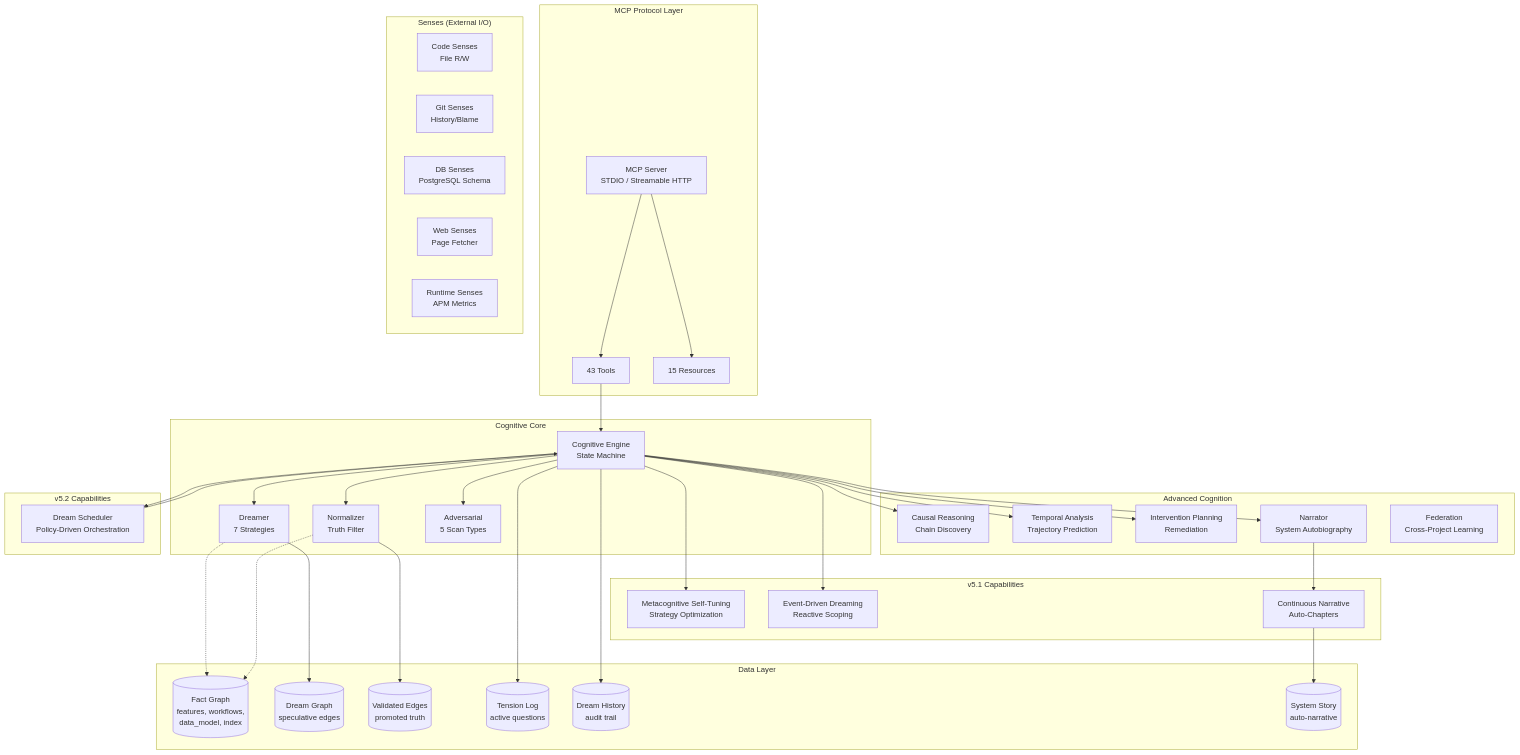
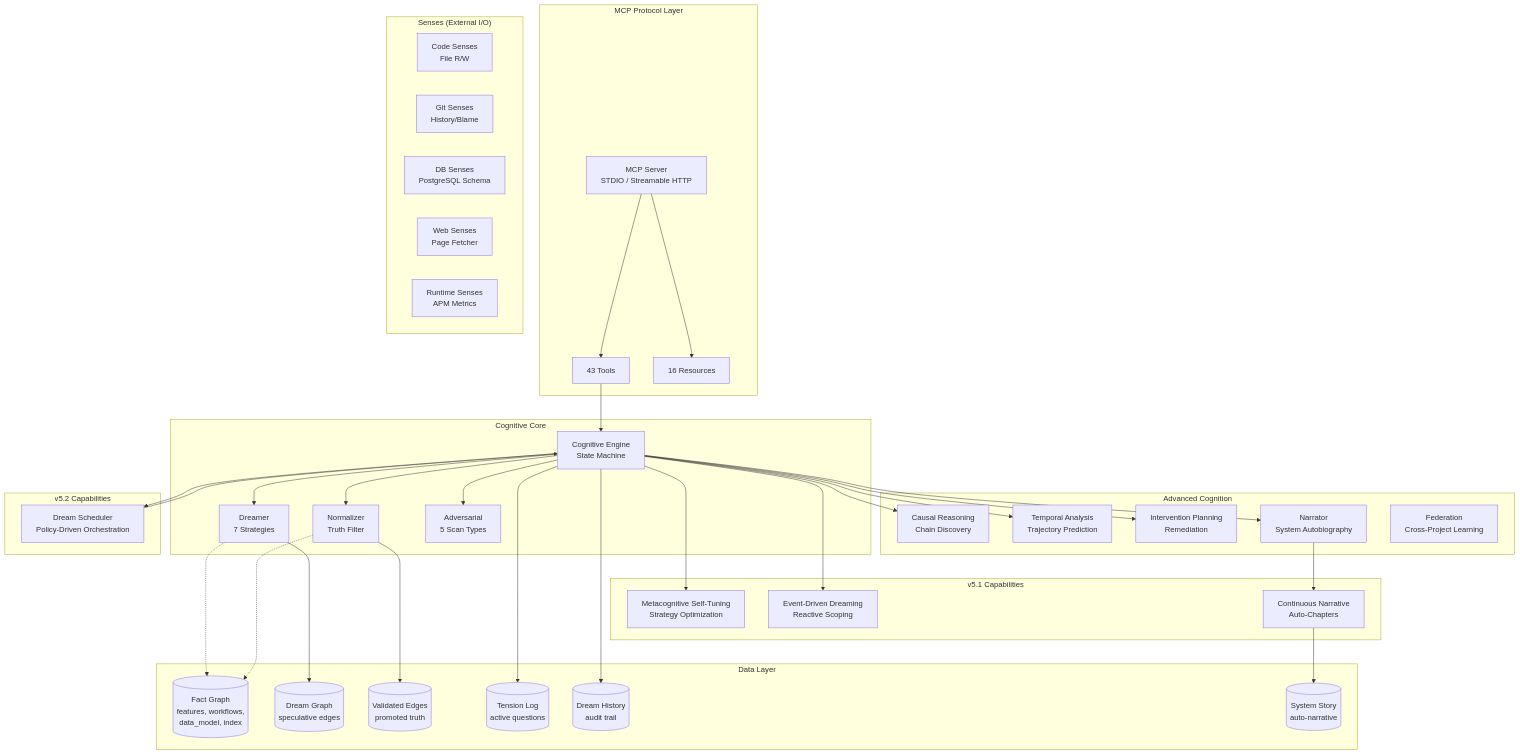
Before and after one commit to mmethodz/dreamgraph: the first of 2 diagrams in docs/architecture.md, drawn with Mermaid. The commit also changed other lines of this file and 67 other files, not shown here.

````diff
--- a/docs/architecture.md
+++ b/docs/architecture.md
@@ -59,73 +59,73 @@
 ```mermaid
 graph TB
     subgraph "MCP Protocol Layer"
         Server["MCP Server<br/>STDIO / Streamable HTTP"]
         Tools["43 Tools"]
-        Resources["15 Resources"]
+        Resources["16 Resources"]
     end
 
     subgraph "Cognitive Core"
         Engine["Cognitive Engine<br/>State Machine"]
         Dreamer["Dreamer<br/>7 Strategies"]
         Normalizer["Normalizer<br/>Truth Filter"]
         Adversarial["Adversarial<br/>5 Scan Types"]
     end
 
     subgraph "Advanced Cognition"
         Causal["Causal Reasoning<br/>Chain Discovery"]
         Temporal["Temporal Analysis<br/>Trajectory Prediction"]
         Intervention["Intervention Planning<br/>Remediation"]
         Narrator["Narrator<br/>System Autobiography"]
         Federation["Federation<br/>Cross-Project Learning"]
     end
 
     subgraph "v5.1 Capabilities"
         Metacognition["Metacognitive Self-Tuning<br/>Strategy Optimization"]
         EventRouter["Event-Driven Dreaming<br/>Reactive Scoping"]
         ContinuousNarrative["Continuous Narrative<br/>Auto-Chapters"]
     end
 
     subgraph "v5.2 Capabilities"
         Scheduler["Dream Scheduler<br/>Policy-Driven Orchestration"]
     end
 
     subgraph "Senses (External I/O)"
         Code["Code Senses<br/>File R/W"]
         Git["Git Senses<br/>History/Blame"]
         DB["DB Senses<br/>PostgreSQL Schema"]
         Web["Web Senses<br/>Page Fetcher"]
         Runtime["Runtime Senses<br/>APM Metrics"]
     end
 
     subgraph "Data Layer"
         FactGraph[("Fact Graph<br/>features, workflows,<br/>data_model, index")]
         DreamGraph[("Dream Graph<br/>speculative edges")]
         Validated[("Validated Edges<br/>promoted truth")]
         Tensions[("Tension Log<br/>active questions")]
         History[("Dream History<br/>audit trail")]
         Story[("System Story<br/>auto-narrative")]
     end
 
     Server --> Tools
     Server --> Resources
     Tools --> Engine
     Engine --> Dreamer
     Engine --> Normalizer
     Engine --> Adversarial
     Engine --> Causal
     Engine --> Temporal
     Engine --> Intervention
     Engine --> Narrator
     Engine --> Metacognition
     Engine --> EventRouter
     Engine --> Scheduler
     Narrator --> ContinuousNarrative
     Scheduler --> Engine
     Dreamer --> DreamGraph
     Normalizer --> Validated
     Engine --> Tensions
     Engine --> History
     ContinuousNarrative --> Story
     Dreamer -.-> FactGraph
     Normalizer -.-> FactGraph
 ```
````
